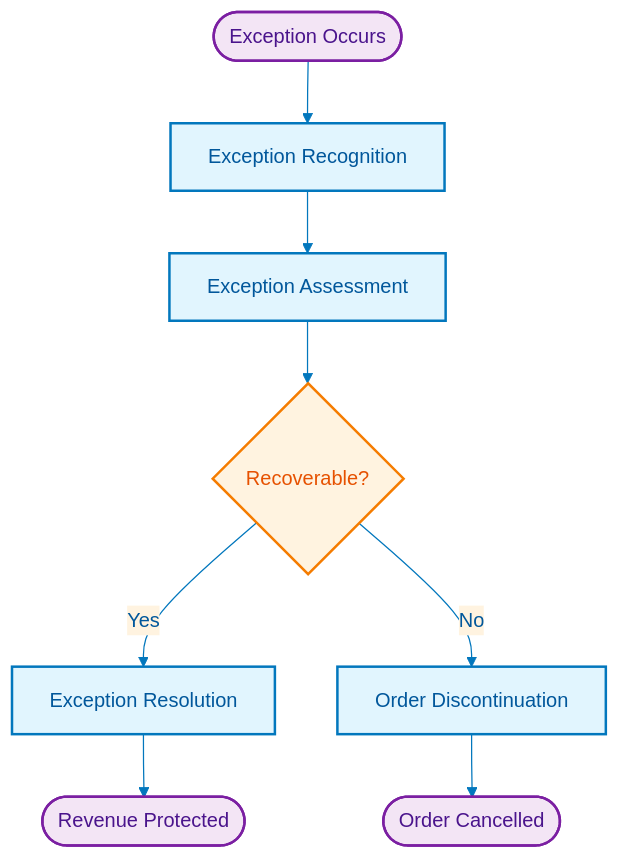
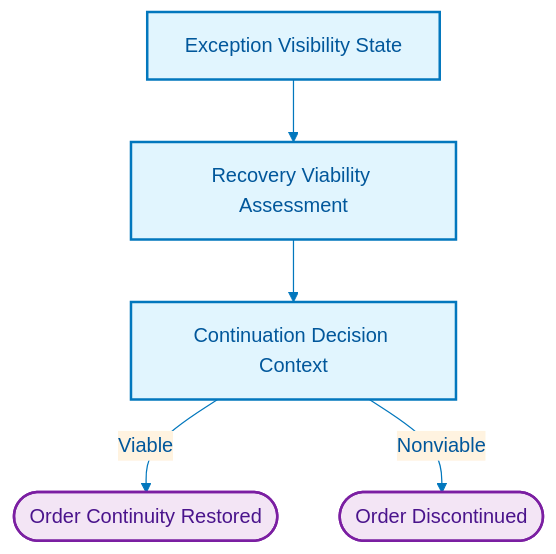
The sixth of 7 diagrams in docs/architecture/01-business-architecture.md (Evilazaro/Azure-LogicApps-Monitoring), drawn with Mermaid before and after one commit. The commit also changed other lines of this file, not shown here.

Commit message:
Refactor Business Architecture document: streamline capability definitions, enhance clarity in value streams, and update process flow descriptions

````diff
--- a/docs/architecture/01-business-architecture.md
+++ b/docs/architecture/01-business-architecture.md
@@ -441,30 +414,21 @@
 ```mermaid
 %%{init: {'theme':'base', 'themeVariables': { 'primaryColor':'#e1f5fe','primaryTextColor':'#01579b','primaryBorderColor':'#0277bd','lineColor':'#0277bd','secondaryColor':'#fff3e0','tertiaryColor':'#f3e5f5'}}}%%
 flowchart TB
-    Start([Exception Occurs])
+    S1[Exception Visibility State]
+    S2[Recovery Viability Assessment]
+    S3[Continuation Decision Context]
 
-    P1[Exception Recognition]
-    P2[Exception Assessment]
-    D1{Recoverable?}
-    P3[Exception Resolution]
-    P4[Order Discontinuation]
+    O1([Order Continuity Restored])
+    O2([Order Discontinued])
 
-    End1([Revenue Protected])
-    End2([Order Cancelled])
+    S1 --> S2
+    S2 --> S3
+    S3 -->|Viable| O1
+    S3 -->|Nonviable| O2
 
-    Start --> P1
-    P1 --> P2
-    P2 --> D1
-    D1 -->|Yes| P3
-    P3 --> End1
-    D1 -->|No| P4
-    P4 --> End2
+    classDef state fill:#e1f5fe,stroke:#0277bd,stroke-width:2px,color:#01579b
+    classDef outcome fill:#f3e5f5,stroke:#7b1fa2,stroke-width:2px,color:#4a148c
 
-    classDef process fill:#e1f5fe,stroke:#0277bd,stroke-width:2px,color:#01579b
-    classDef decision fill:#fff3e0,stroke:#f57c00,stroke-width:2px,color:#e65100
-    classDef terminal fill:#f3e5f5,stroke:#7b1fa2,stroke-width:2px,color:#4a148c
-
-    class P1,P2,P3,P4 process
-    class D1 decision
-    class Start,End1,End2 terminal
+    class S1,S2,S3 state
+    class O1,O2 outcome
 ```
````
